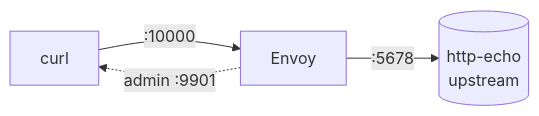
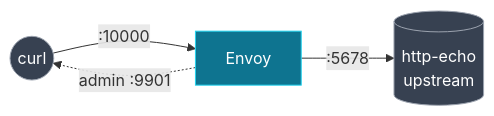
Before and after one commit to 0-draft/envoy-xds-deep-dive: the diagram in labs/00-static-bootstrap/README.ja.md, drawn with Mermaid. The commit also changed 27 other files, not shown here.

First line of the commit message:
docs: semantic color, distinct shapes, and a11y metadata for all mermaid diagrams

````diff
--- a/labs/00-static-bootstrap/README.ja.md
+++ b/labs/00-static-bootstrap/README.ja.md
@@ -20,6 +20,12 @@
 ```mermaid
 flowchart LR
-    you[curl] -- ":10000" --> envoy[Envoy]
+    accTitle: Lab 00 トポロジ
+    accDescr: curl がポート 10000 で Envoy に送り、Envoy はポート 5678 の http-echo upstream へ転送する。管理インターフェースはポート 9901。
+    you((curl)) -- ":10000" --> envoy[Envoy]
     envoy -- ":5678" --> up[(http-echo<br/>upstream)]
     envoy -. admin :9901 .-> you
+    class envoy envoy
+    class you,up ext
+    classDef envoy fill:#0e7490,stroke:#22d3ee,color:#fff
+    classDef ext fill:#374151,stroke:#9ca3af,color:#fff
 ```
````
